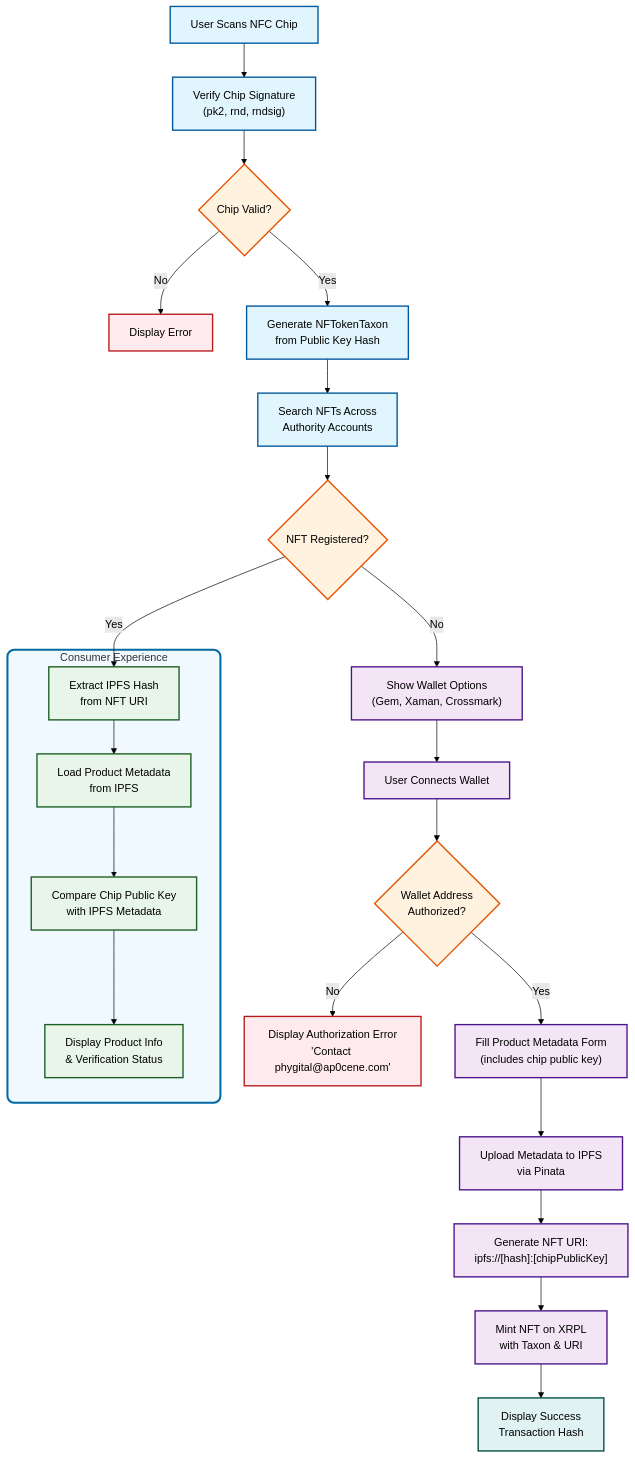
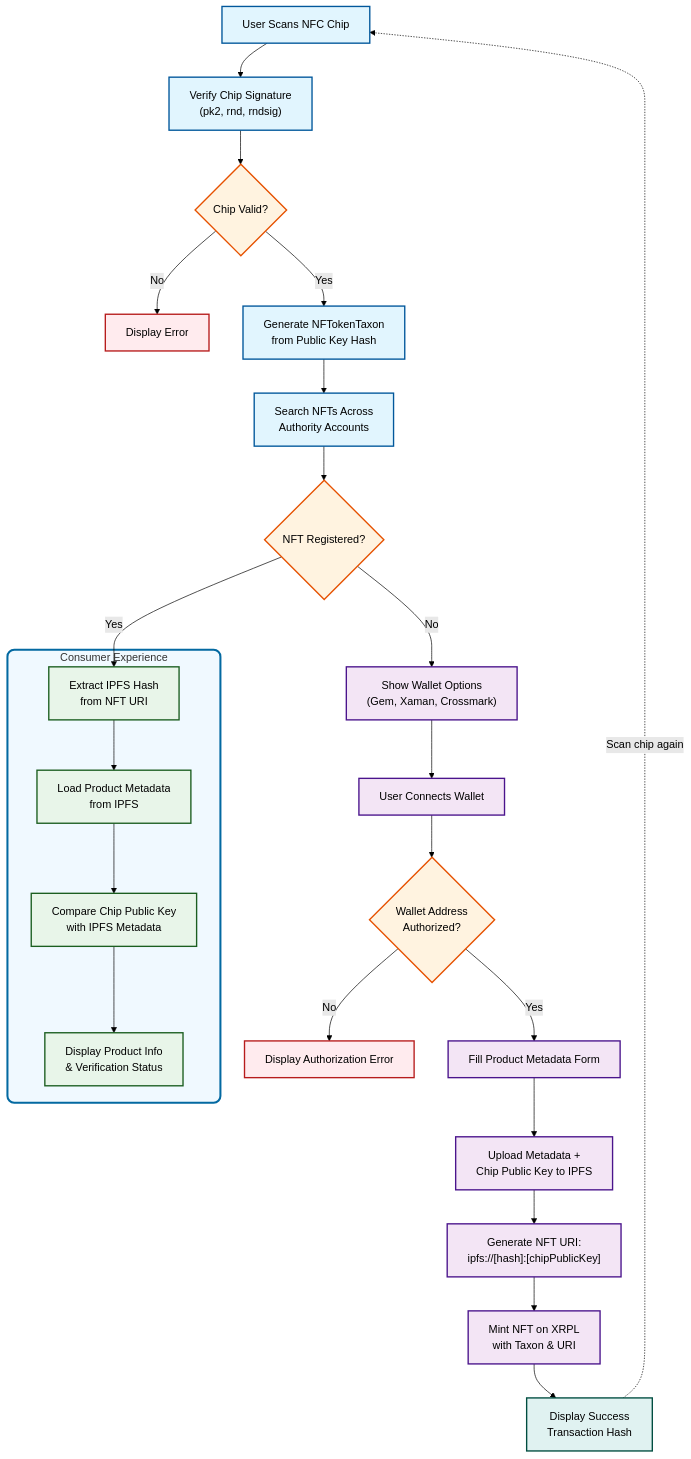
One commit to ap0cene/ap0cene-encode changed the diagram in README.md. Above: the diagram before and after it, drawn with Mermaid (forest theme). The commit also changed other lines of this file, not shown here.

Commit message:
updated mermaid diagram

````diff
--- a/README.md
+++ b/README.md
@@ -9,51 +9,54 @@
 ```mermaid
 flowchart TD
     Start["User Scans NFC Chip"] --> VerifyChip["Verify Chip Signature<br/>(pk2, rnd, rndsig)"]
     VerifyChip --> ChipValid{Chip Valid?}
 
     ChipValid -- No --> Error["Display Error"]
     ChipValid -- Yes --> ComputeTaxon["Generate NFTokenTaxon<br/>from Public Key Hash"]
 
     ComputeTaxon --> SearchNFT["Search NFTs Across<br/>Authority Accounts"]
     SearchNFT --> NFTExists{NFT Registered?}
 
     %% YES PATH - Verification Flow
     NFTExists -- Yes --> ExtractURI
 
     subgraph consumer["Consumer Experience"]
         ExtractURI["Extract IPFS Hash<br/>from NFT URI"]
         ExtractURI --> LoadIPFS["Load Product Metadata<br/>from IPFS"]
         LoadIPFS --> VerifyMatch["Compare Chip Public Key<br/>with IPFS Metadata"]
         VerifyMatch --> DisplayProduct["Display Product Info<br/>& Verification Status"]
     end
 
     %% NO PATH - Registration Flow
     NFTExists -- No --> ShowWallets["Show Wallet Options<br/>(Gem, Xaman, Crossmark)"]
     ShowWallets --> ConnectWallet["User Connects Wallet"]
     ConnectWallet --> CheckAuth{Wallet Address<br/>Authorized?}
 
-    CheckAuth -- No --> AuthError["Display Authorization Error<br/>'Contact phygital@ap0cene.com'"]
-    CheckAuth -- Yes --> FillMetadata["Fill Product Metadata Form<br/>(includes chip public key)"]
+    CheckAuth -- No --> AuthError["Display Authorization Error"]
+    CheckAuth -- Yes --> FillMetadata["Fill Product Metadata Form"]
 
-    FillMetadata --> UploadIPFS["Upload Metadata to IPFS<br/>via Pinata"]
+    FillMetadata --> UploadIPFS["Upload Metadata + <br> Chip Public Key to IPFS"]
     UploadIPFS --> CreateURI["Generate NFT URI:<br/>ipfs://[hash]:[chipPublicKey]"]
     CreateURI --> MintNFT["Mint NFT on XRPL<br/>with Taxon & URI"]
     MintNFT --> Success["Display Success<br/>Transaction Hash"]
+
+    %% Complete the loop - after registration, user can scan again
+    Success -.->|"Scan chip again"| Start
 
     %% Styling
     classDef scan fill:#e1f5fe,stroke:#01579b,stroke-width:2px;
     classDef decision fill:#fff3e0,stroke:#e65100,stroke-width:2px;
     classDef verification fill:#e8f5e9,stroke:#1b5e20,stroke-width:2px;
     classDef registration fill:#f3e5f5,stroke:#4a148c,stroke-width:2px;
     classDef error fill:#ffebee,stroke:#b71c1c,stroke-width:2px;
     classDef success fill:#e0f2f1,stroke:#004d40,stroke-width:2px;
 
     style consumer fill:#f0f9ff,stroke:#0369a1,stroke-width:3px,rx:10,ry:10
 
     class Start,VerifyChip,ComputeTaxon,SearchNFT scan;
     class ChipValid,NFTExists,CheckAuth decision;
     class ExtractURI,LoadIPFS,VerifyMatch,DisplayProduct verification;
     class ShowWallets,ConnectWallet,FillMetadata,UploadIPFS,CreateURI,MintNFT registration;
     class Error,AuthError error;
     class Success success;
 ```
````
